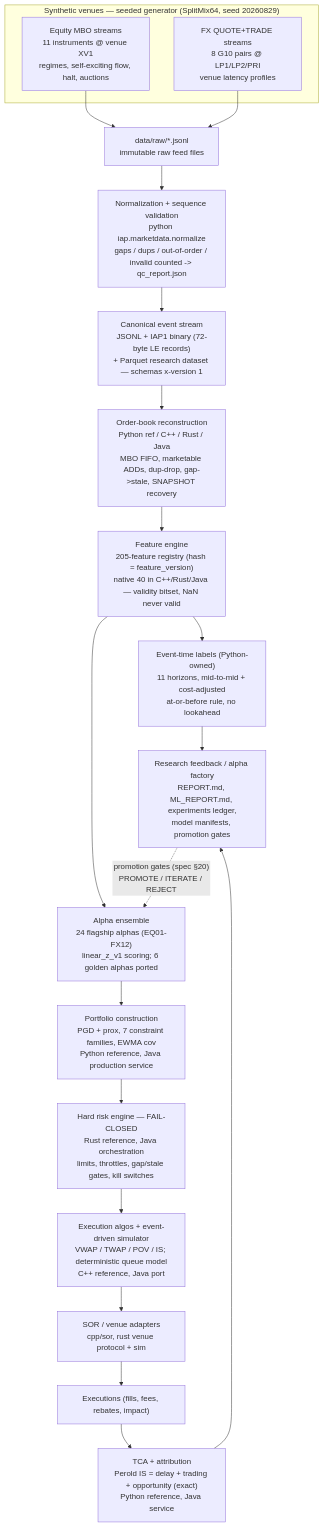
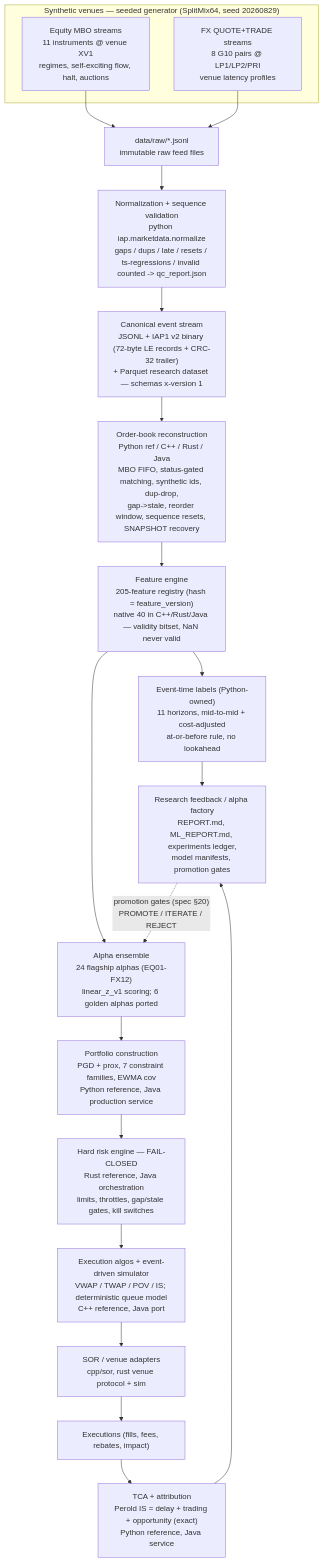
The diagram in docs/diagrams/pipeline.mmd (AshJha0/intraday-alpha-platform), drawn with Mermaid before and after one commit. The commit also changed 422 other files, not shown here.

```diff
--- a/docs/diagrams/pipeline.mmd
+++ b/docs/diagrams/pipeline.mmd
@@ -1,22 +1,22 @@
 flowchart TD
     subgraph GEN["Synthetic venues — seeded generator (SplitMix64, seed 20260829)"]
         V1["Equity MBO streams<br/>11 instruments @ venue XV1<br/>regimes, self-exciting flow, halt, auctions"]
         V2["FX QUOTE+TRADE streams<br/>8 G10 pairs @ LP1/LP2/PRI<br/>venue latency profiles"]
     end
     V1 --> RAW["data/raw/*.jsonl<br/>immutable raw feed files"]
     V2 --> RAW
-    RAW --> NORM["Normalization + sequence validation<br/>python iap.marketdata.normalize<br/>gaps / dups / out-of-order / invalid counted -> qc_report.json"]
-    NORM --> CANON["Canonical event stream<br/>JSONL + IAP1 binary (72-byte LE records)<br/>+ Parquet research dataset — schemas x-version 1"]
-    CANON --> BOOK["Order-book reconstruction<br/>Python ref / C++ / Rust / Java<br/>MBO FIFO, marketable ADDs, dup-drop, gap->stale, SNAPSHOT recovery"]
+    RAW --> NORM["Normalization + sequence validation<br/>python iap.marketdata.normalize<br/>gaps / dups / late / resets / ts-regressions / invalid counted -> qc_report.json"]
+    NORM --> CANON["Canonical event stream<br/>JSONL + IAP1 v2 binary (72-byte LE records + CRC-32 trailer)<br/>+ Parquet research dataset — schemas x-version 1"]
+    CANON --> BOOK["Order-book reconstruction<br/>Python ref / C++ / Rust / Java<br/>MBO FIFO, status-gated matching, synthetic ids, dup-drop,<br/>gap->stale, reorder window, sequence resets, SNAPSHOT recovery"]
     BOOK --> FEAT["Feature engine<br/>205-feature registry (hash = feature_version)<br/>native 40 in C++/Rust/Java — validity bitset, NaN never valid"]
     FEAT --> LBL["Event-time labels (Python-owned)<br/>11 horizons, mid-to-mid + cost-adjusted<br/>at-or-before rule, no lookahead"]
     FEAT --> ALPHA["Alpha ensemble<br/>24 flagship alphas (EQ01-FX12)<br/>linear_z_v1 scoring; 6 golden alphas ported"]
     ALPHA --> PORT["Portfolio construction<br/>PGD + prox, 7 constraint families, EWMA cov<br/>Python reference, Java production service"]
     PORT --> RISK["Hard risk engine — FAIL-CLOSED<br/>Rust reference, Java orchestration<br/>limits, throttles, gap/stale gates, kill switches"]
     RISK --> EXEC["Execution algos + event-driven simulator<br/>VWAP / TWAP / POV / IS; deterministic queue model<br/>C++ reference, Java port"]
     EXEC --> SOR["SOR / venue adapters<br/>cpp/sor, rust venue protocol + sim"]
     SOR --> FILLS["Executions (fills, fees, rebates, impact)"]
     FILLS --> TCA["TCA + attribution<br/>Perold IS = delay + trading + opportunity (exact)<br/>Python reference, Java service"]
     LBL --> RESEARCH
     TCA --> RESEARCH["Research feedback / alpha factory<br/>REPORT.md, ML_REPORT.md, experiments ledger,<br/>model manifests, promotion gates"]
     RESEARCH -. "promotion gates (spec §20)<br/>PROMOTE / ITERATE / REJECT" .-> ALPHA
```
